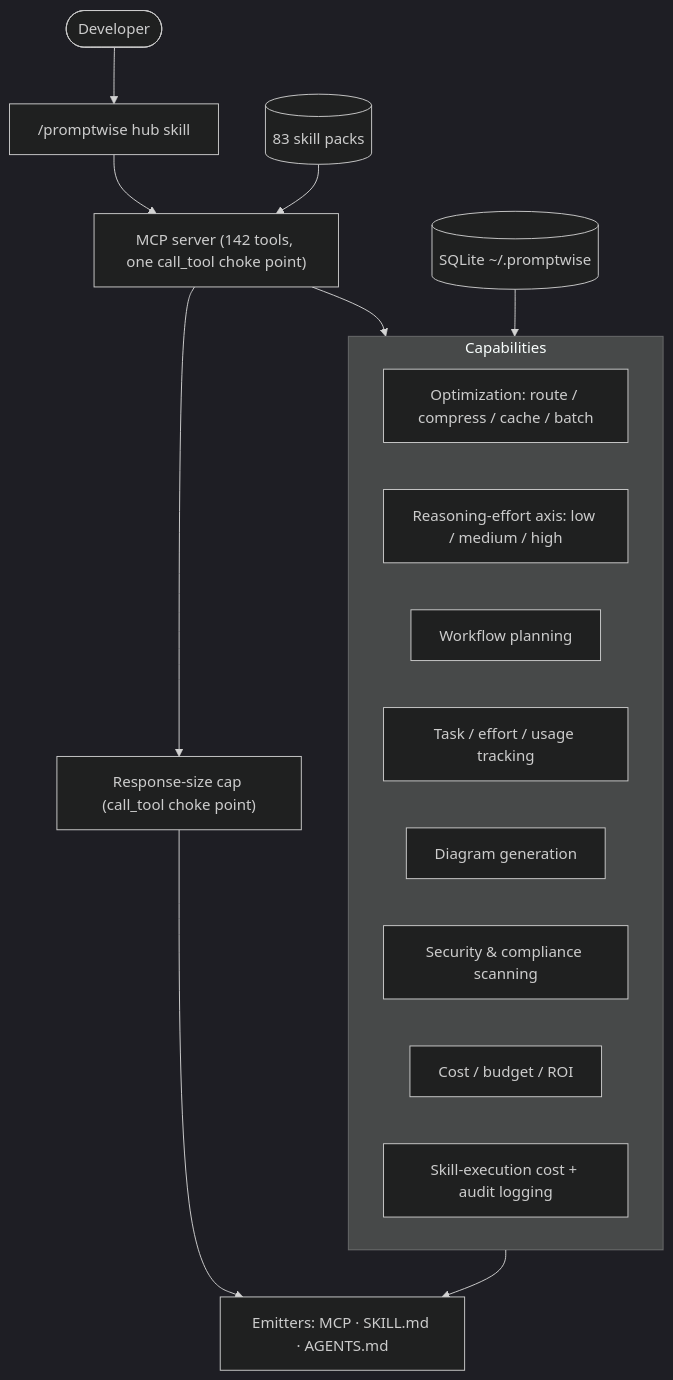
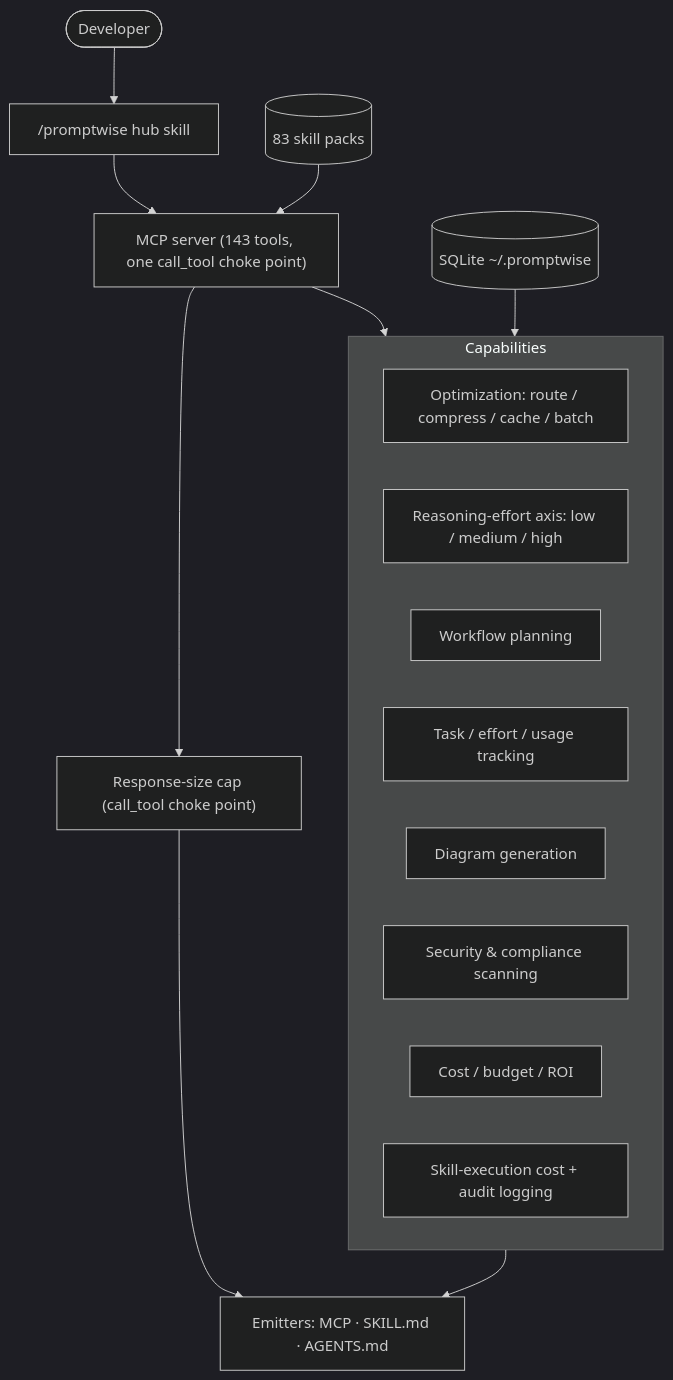
Before and after one commit to u2anilgit/PromptWise: the first of 6 diagrams in docs/ARCHITECTURE.md, drawn with Mermaid (dark theme). The commit also changed 10 other files, not shown here.

````diff
--- a/docs/ARCHITECTURE.md
+++ b/docs/ARCHITECTURE.md
@@ -10,21 +10,21 @@
 ```mermaid
 flowchart TB
   dev([Developer]) --> hub["/promptwise hub skill"]
-  hub --> mcp["MCP server (142 tools, one call_tool choke point)"]
+  hub --> mcp["MCP server (143 tools, one call_tool choke point)"]
   subgraph Capabilities
     opt[Optimization: route / compress / cache / batch]
     effort[Reasoning-effort axis: low / medium / high]
     flow[Workflow planning]
     track[Task / effort / usage tracking]
     diag[Diagram generation]
     sec[Security & compliance scanning]
     cost[Cost / budget / ROI]
     skillaudit[Skill-execution cost + audit logging]
   end
   mcp --> Capabilities
   mcp --> cap["Response-size cap (call_tool choke point)"]
   cap --> emit["Emitters: MCP · SKILL.md · AGENTS.md"]
   Capabilities --> emit
   packs[("83 skill packs")] --> mcp
   store[("SQLite ~/.promptwise")] --> Capabilities
 ```
````
